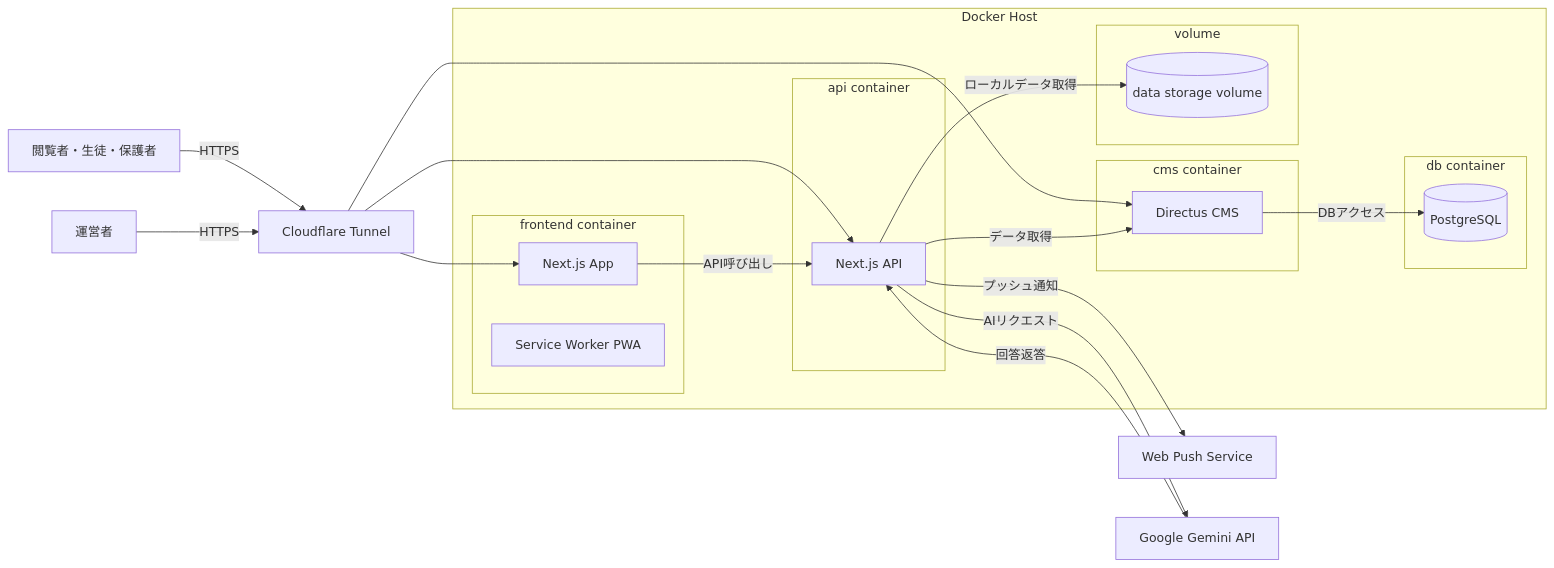
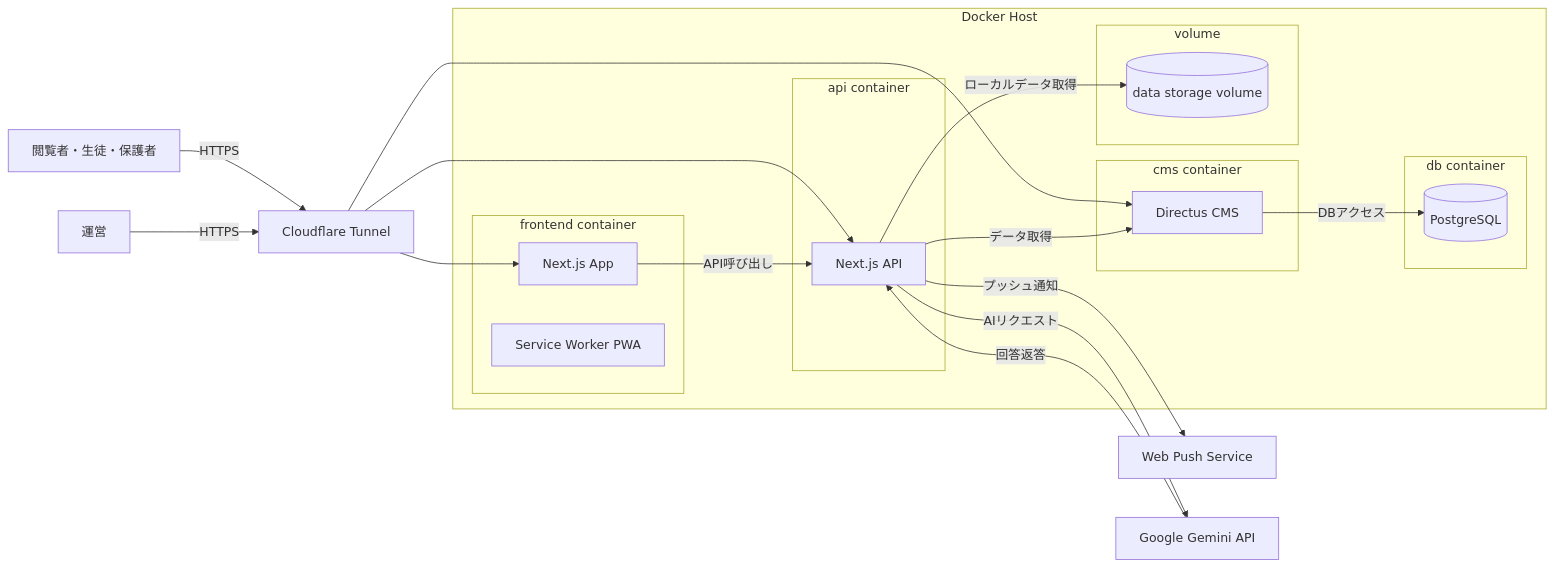
The diagram in README.md (kita-h-exec/sportfes-ouka), drawn with Mermaid before and after one commit.

Commit message:
Update staff label in flowchart

````diff
--- a/README.md
+++ b/README.md
@@ -23,56 +23,56 @@
 ```mermaid
 flowchart LR
   %% Users
   User[閲覧者・生徒・保護者]
-  Staff[運営者]
+  Staff[運営]
 
   %% Cloudflare
   Tunnel[Cloudflare Tunnel]
 
   %% Docker Host
   subgraph DockerHost[Docker Host]
 
     subgraph FrontendContainer[frontend container]
       Web[Next.js App]
       PWA[Service Worker PWA]
     end
 
     subgraph BackendContainer[api container]
       API[Next.js API]
     end
 
     subgraph CMSContainer[cms container]
       Directus[Directus CMS]
     end
 
     subgraph DBContainer[db container]
       DB[(PostgreSQL)]
     end
 
     subgraph StoreVolume[volume]
       Store[(data storage volume)]
     end
 
   end
 
   %% External Services
   Push[Web Push Service]
   Gemini[Google Gemini API]
 
   %% Public Access via Cloudflare Tunnel
   User -->|HTTPS| Tunnel
   Staff -->|HTTPS| Tunnel
 
   Tunnel --> Web
   Tunnel --> API
   Tunnel --> Directus
 
   %% Internal Connections
   Web -->|API呼び出し| API
   API -->|データ取得| Directus
   Directus -->|DBアクセス| DB
   API -->|ローカルデータ取得| Store
   API -->|プッシュ通知| Push
   API -->|AIリクエスト| Gemini
   Gemini -->|回答返答| API
 ```
````
